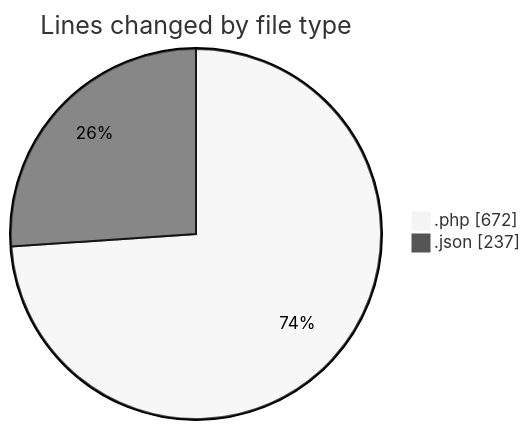
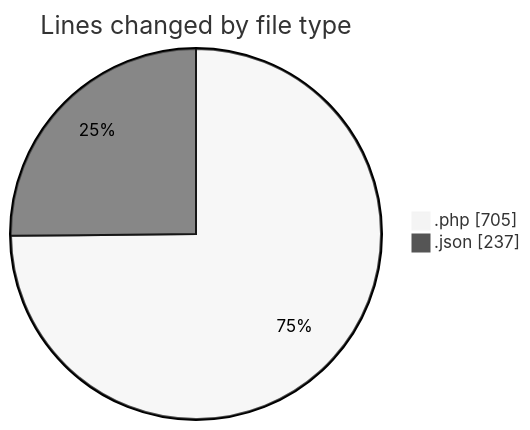
Before and after one commit to idhammustaqopulfikri/code-tracking: the first of 2 diagrams in 2025-06-22/studio-backend/README.md, drawn with Mermaid (neutral theme). The commit also changed other lines of this file and 1 other file, not shown here.

````diff
--- a/2025-06-22/studio-backend/README.md
+++ b/2025-06-22/studio-backend/README.md
@@ -25,6 +25,6 @@
 ```mermaid
 pie showData
 title Lines changed by file type
-".php" : 672
+".php" : 705
 ".json" : 237
 ```
````
